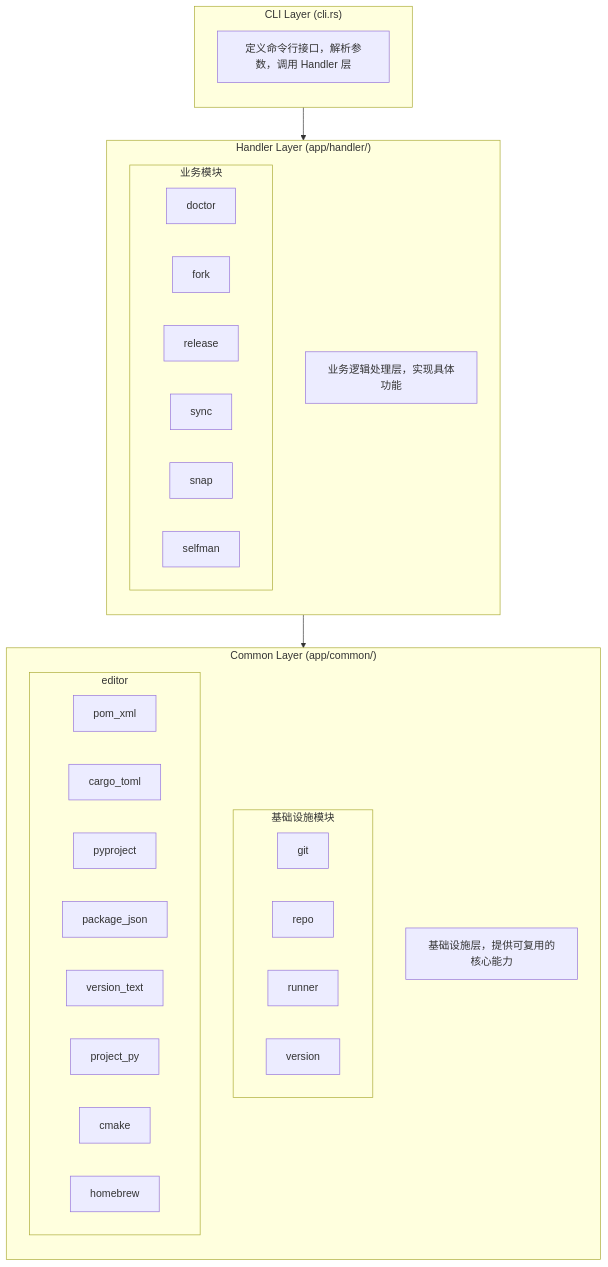
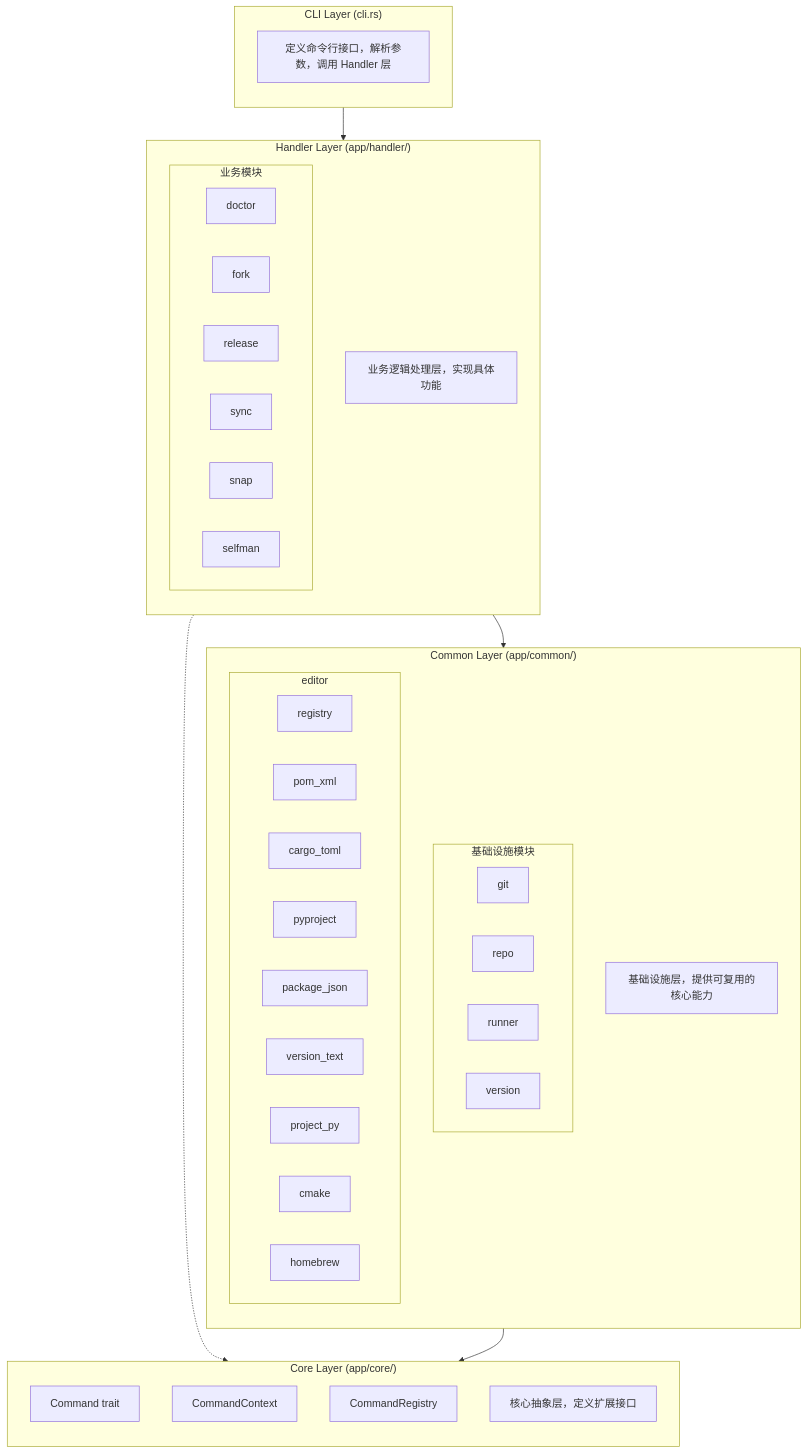
Before and after one commit to Jeanhwea/project-manager-app: the first of 8 diagrams in docs/architecture.md, drawn with Mermaid. The commit also changed other lines of this file and 15 other files, not shown here.

````diff
--- a/docs/architecture.md
+++ b/docs/architecture.md
@@ -9,44 +9,55 @@
 ```mermaid
 flowchart TB
     subgraph CLI["CLI Layer (cli.rs)"]
         direction TB
         CLI_DESC["定义命令行接口，解析参数，调用 Handler 层"]
     end
 
     subgraph Handler["Handler Layer (app/handler/)"]
         direction TB
         subgraph H1["业务模块"]
             doctor["doctor"]
             fork["fork"]
             release["release"]
             sync["sync"]
             snap["snap"]
             selfman["selfman"]
         end
         HANDLER_DESC["业务逻辑处理层，实现具体功能"]
     end
 
     subgraph Common["Common Layer (app/common/)"]
         direction TB
         subgraph C1["基础设施模块"]
             git["git"]
             repo["repo"]
             runner["runner"]
             version["version"]
         end
         subgraph C2["editor"]
+            registry["registry"]
             pom_xml["pom_xml"]
             cargo_toml["cargo_toml"]
             pyproject["pyproject"]
             package_json["package_json"]
             version_text["version_text"]
             project_py["project_py"]
             cmake["cmake"]
             homebrew["homebrew"]
         end
         COMMON_DESC["基础设施层，提供可复用的核心能力"]
     end
 
+    subgraph Core["Core Layer (app/core/)"]
+        direction TB
+        command["Command trait"]
+        context["CommandContext"]
+        cmd_registry["CommandRegistry"]
+        CORE_DESC["核心抽象层，定义扩展接口"]
+    end
+
     CLI --> Handler
     Handler --> Common
+    Handler -.-> Core
+    Common --> Core
 ```
````
